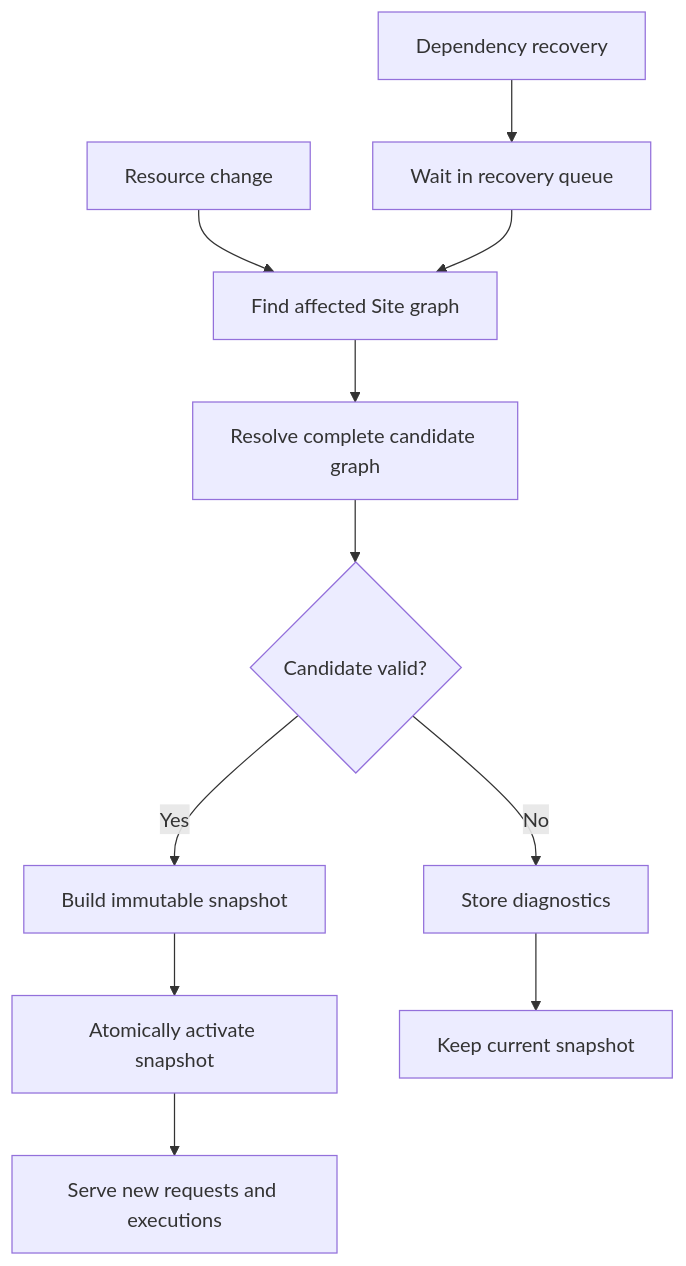
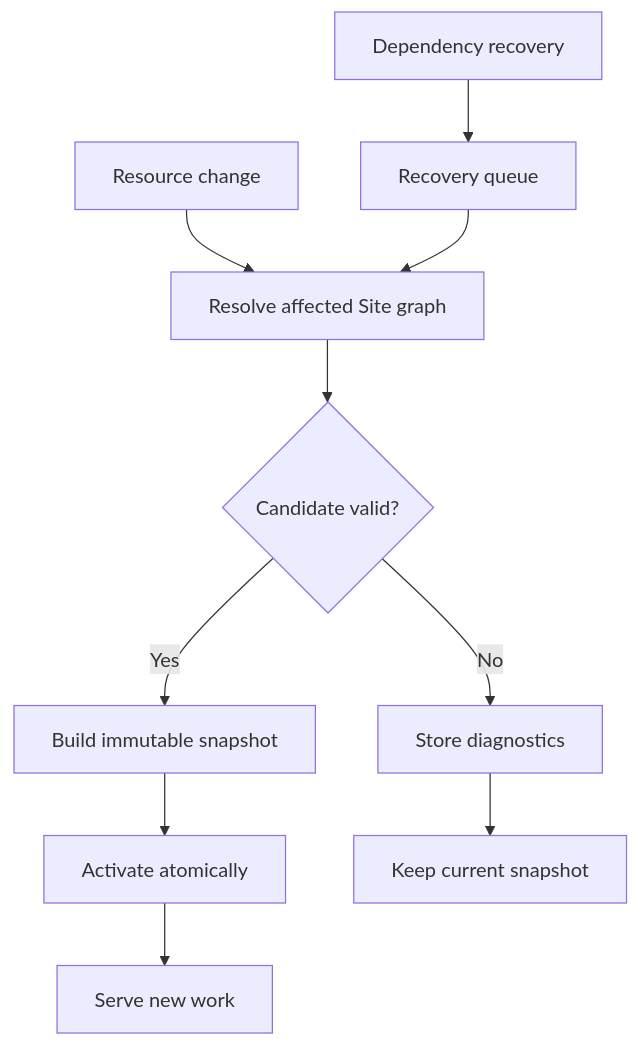
The first of 2 diagrams in content/versions/v0/runtime.mdx (taskmigo/docs), drawn with Mermaid before and after one commit. The commit also changed other lines of this file and 14 other files, not shown here.

````diff
--- a/content/versions/v0/runtime.mdx
+++ b/content/versions/v0/runtime.mdx
@@ -14,13 +10,12 @@
 ```mermaid
 flowchart TD
-  change["Resource change"] --> affected["Find affected Site graph"]
-  recovery["Dependency recovery"] --> queue["Wait in recovery queue"]
-  queue --> affected
-  affected --> resolve["Resolve complete candidate graph"]
+  change["Resource change"] --> resolve["Resolve affected Site graph"]
+  recovery["Dependency recovery"] --> queue["Recovery queue"]
+  queue --> resolve
   resolve --> validate{"Candidate valid?"}
   validate -->|Yes| build["Build immutable snapshot"]
-  build --> activate["Atomically activate snapshot"]
+  build --> activate["Activate atomically"]
   validate -->|No| diagnostics["Store diagnostics"]
   diagnostics --> retain["Keep current snapshot"]
-  activate --> serve["Serve new requests and executions"]
+  activate --> serve["Serve new work"]
 ```
````
